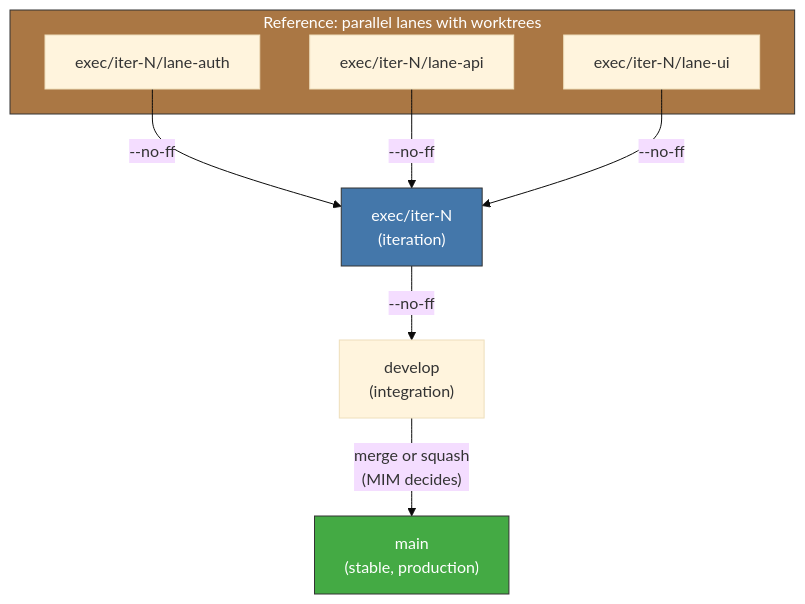
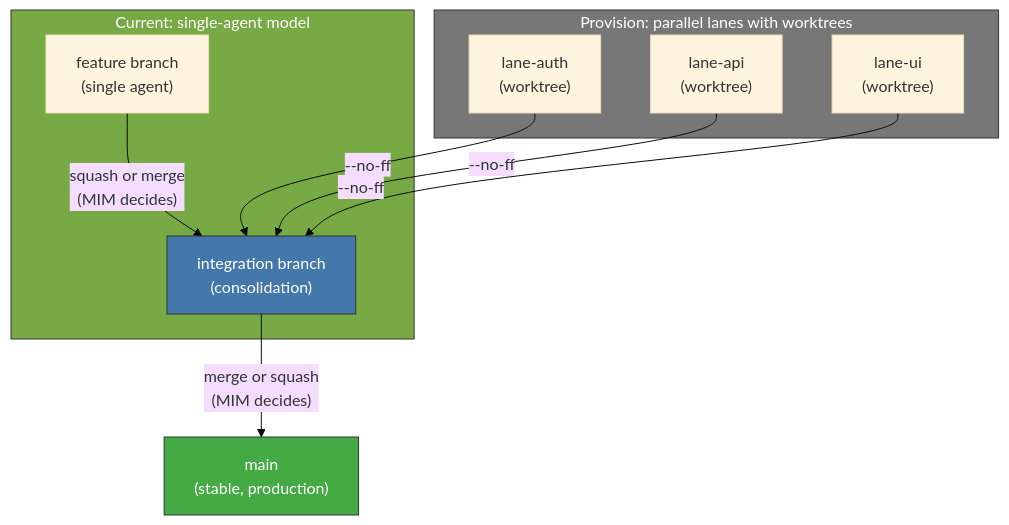
The diagram in docs/reference/principia/sections/31-git-strategy.md (virgenherrera/virgil), drawn with Mermaid (base theme) before and after one commit. The commit also changed other lines of this file and 31 other files, not shown here.

````diff
--- a/docs/reference/principia/sections/31-git-strategy.md
+++ b/docs/reference/principia/sections/31-git-strategy.md
@@ -38,20 +39,24 @@
 ```mermaid
 flowchart TD
     MAIN["main\n(stable, production)"]
-    DEV["develop\n(integration)"]
-    ITER["exec/iter-N\n(iteration)"]
+    INT["integration branch\n(consolidation)"]
+    FEAT["feature branch\n(single agent)"]
 
-    subgraph LANES["Reference: parallel lanes with worktrees"]
-        L1["exec/iter-N/lane-auth"]
-        L2["exec/iter-N/lane-api"]
-        L3["exec/iter-N/lane-ui"]
+    subgraph CURRENT["Current: single-agent model"]
+        FEAT -->|"squash or merge\n(MIM decides)"| INT
     end
 
-    L1 & L2 & L3 -->|"--no-ff"| ITER
-    ITER -->|"--no-ff"| DEV
-    DEV -->|"merge or squash\n(MIM decides)"| MAIN
+    subgraph FUTURE["Provision: parallel lanes with worktrees"]
+        L1["lane-auth\n(worktree)"]
+        L2["lane-api\n(worktree)"]
+        L3["lane-ui\n(worktree)"]
+        L1 & L2 & L3 -->|"--no-ff"| INT
+    end
+
+    INT -->|"merge or squash\n(MIM decides)"| MAIN
 
     style MAIN fill:#4a4,stroke:#333,color:#fff
-    style ITER fill:#47a,stroke:#333,color:#fff
-    style LANES fill:#a74,stroke:#333,color:#fff
+    style INT fill:#47a,stroke:#333,color:#fff
+    style CURRENT fill:#7a4,stroke:#333,color:#fff
+    style FUTURE fill:#777,stroke:#333,color:#fff
 ```
````
